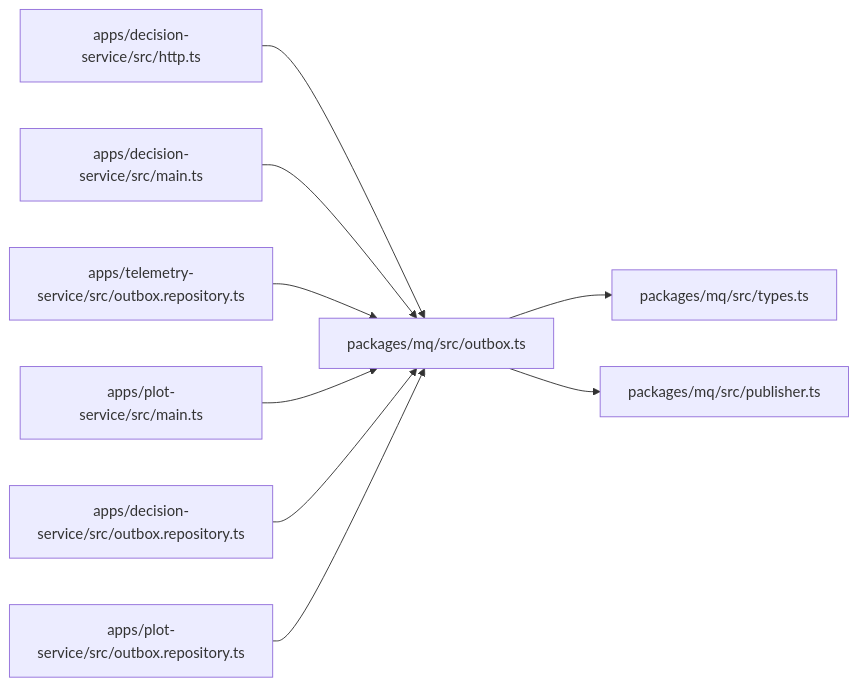
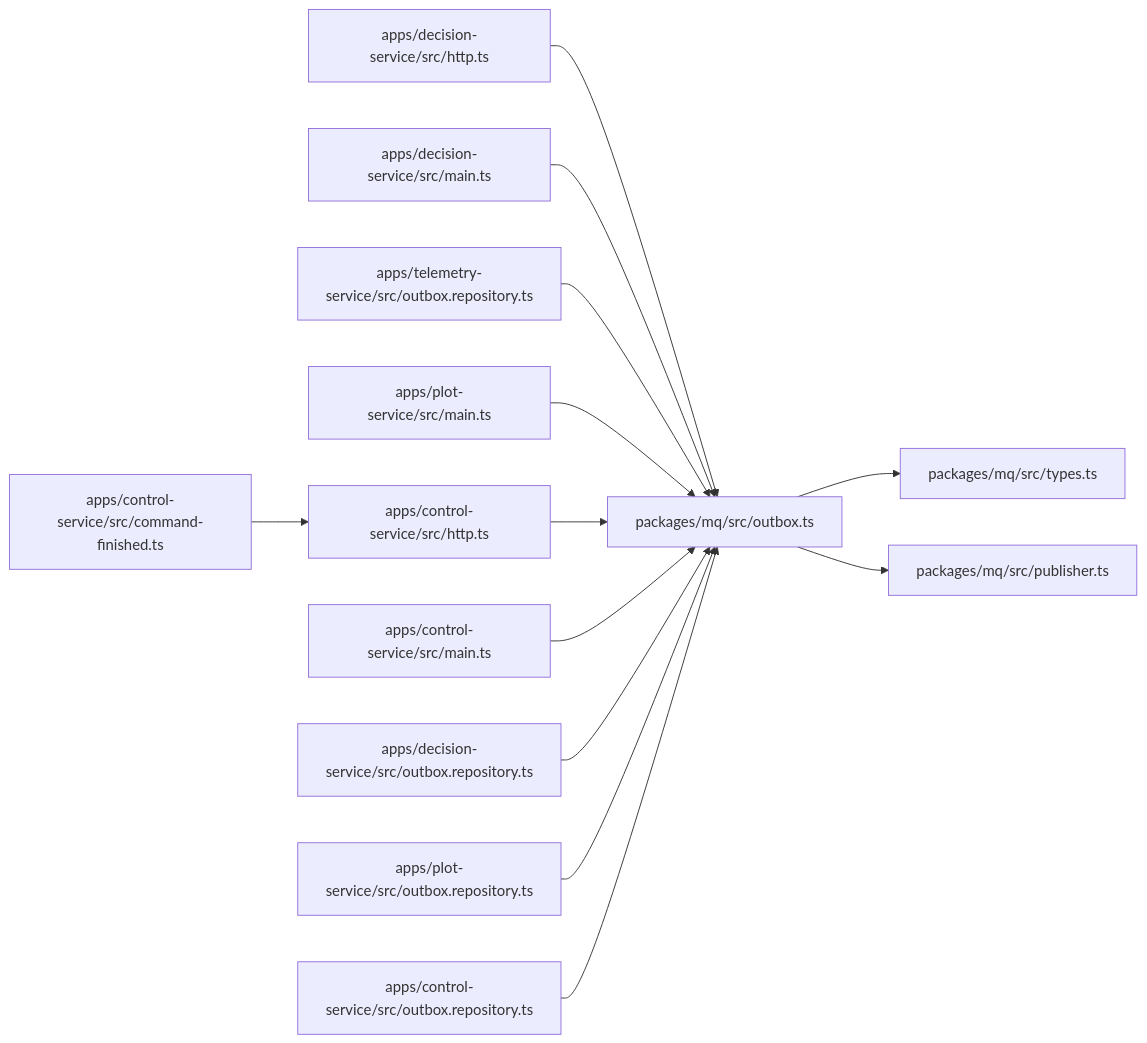
One commit to q446328246/agri-platform changed the sixth of 6 diagrams in .qoder/repowiki/zh/content/架构设计/事件驱动架构/本地消息表模式.md. Above: the diagram before and after it, drawn with Mermaid. The commit also changed other lines of this file and 35 other files, not shown here.

````diff
--- a/.qoder/repowiki/zh/content/架构设计/事件驱动架构/本地消息表模式.md
+++ b/.qoder/repowiki/zh/content/架构设计/事件驱动架构/本地消息表模式.md
@@ -374,11 +470,15 @@
 ```mermaid
 graph LR
 DEC_HTTP["apps/decision-service/src/http.ts"] --> OUTBOX["packages/mq/src/outbox.ts"]
 DEC_MAIN["apps/decision-service/src/main.ts"] --> OUTBOX
 TEL_REPO["apps/telemetry-service/src/outbox.repository.ts"] --> OUTBOX
 PLOT_MAIN["apps/plot-service/src/main.ts"] --> OUTBOX
+CTRL_HTTP["apps/control-service/src/http.ts"] --> OUTBOX
+CTRL_MAIN["apps/control-service/src/main.ts"] --> OUTBOX
+CTRL_FINISHED["apps/control-service/src/command-finished.ts"] --> CTRL_HTTP
 DEC_REPO["apps/decision-service/src/outbox.repository.ts"] --> OUTBOX
 PLOT_REPO["apps/plot-service/src/outbox.repository.ts"] --> OUTBOX
+CTRL_REPO["apps/control-service/src/outbox.repository.ts"] --> OUTBOX
 OUTBOX --> TYPES["packages/mq/src/types.ts"]
 OUTBOX --> PUB["packages/mq/src/publisher.ts"]
 ```
````
